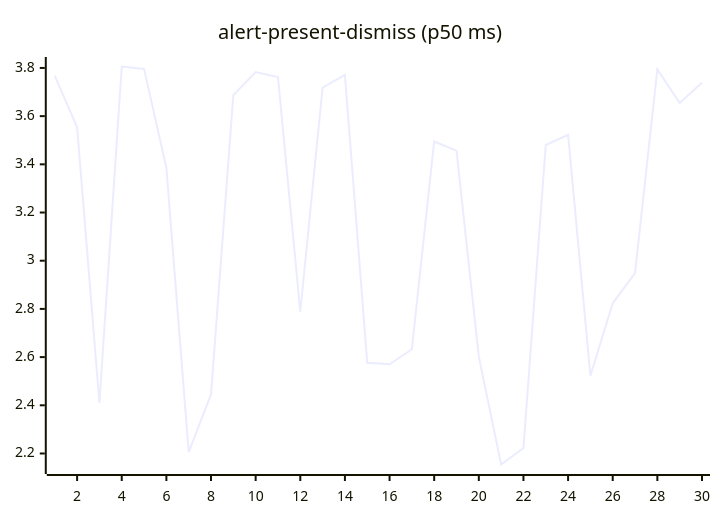
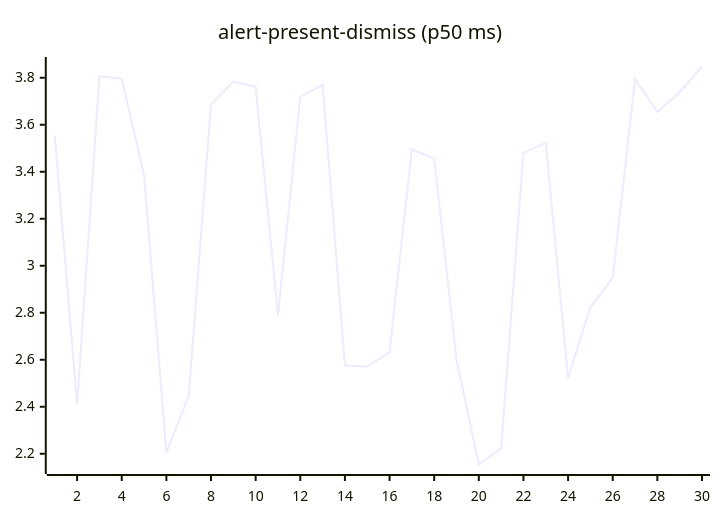
The second of 27 diagrams in README.md (josha/Facet), drawn with Mermaid before and after one commit. The commit also changed other lines of this file and 2 other files, not shown here.

````diff
--- a/README.md
+++ b/README.md
@@ -70,6 +70,6 @@
 ```mermaid
 xychart-beta
     title "alert-present-dismiss (p50 ms)"
     x-axis 1 --> 30
-    line [3.7676, 3.5538, 2.4095, 3.8060, 3.7961, 3.3851, 2.2058, 2.4450, 3.6869, 3.7826, 3.7621, 2.7891, 3.7187, 3.7708, 2.5766, 2.5704, 2.6324, 3.4949, 3.4566, 2.6019, 2.1543, 2.2230, 3.4803, 3.5227, 2.5229, 2.8233, 2.9484, 3.7942, 3.6546, 3.7386]
+    line [3.5538, 2.4095, 3.8060, 3.7961, 3.3851, 2.2058, 2.4450, 3.6869, 3.7826, 3.7621, 2.7891, 3.7187, 3.7708, 2.5766, 2.5704, 2.6324, 3.4949, 3.4566, 2.6019, 2.1543, 2.2230, 3.4803, 3.5227, 2.5229, 2.8233, 2.9484, 3.7942, 3.6546, 3.7386, 3.8479]
 ```
````
